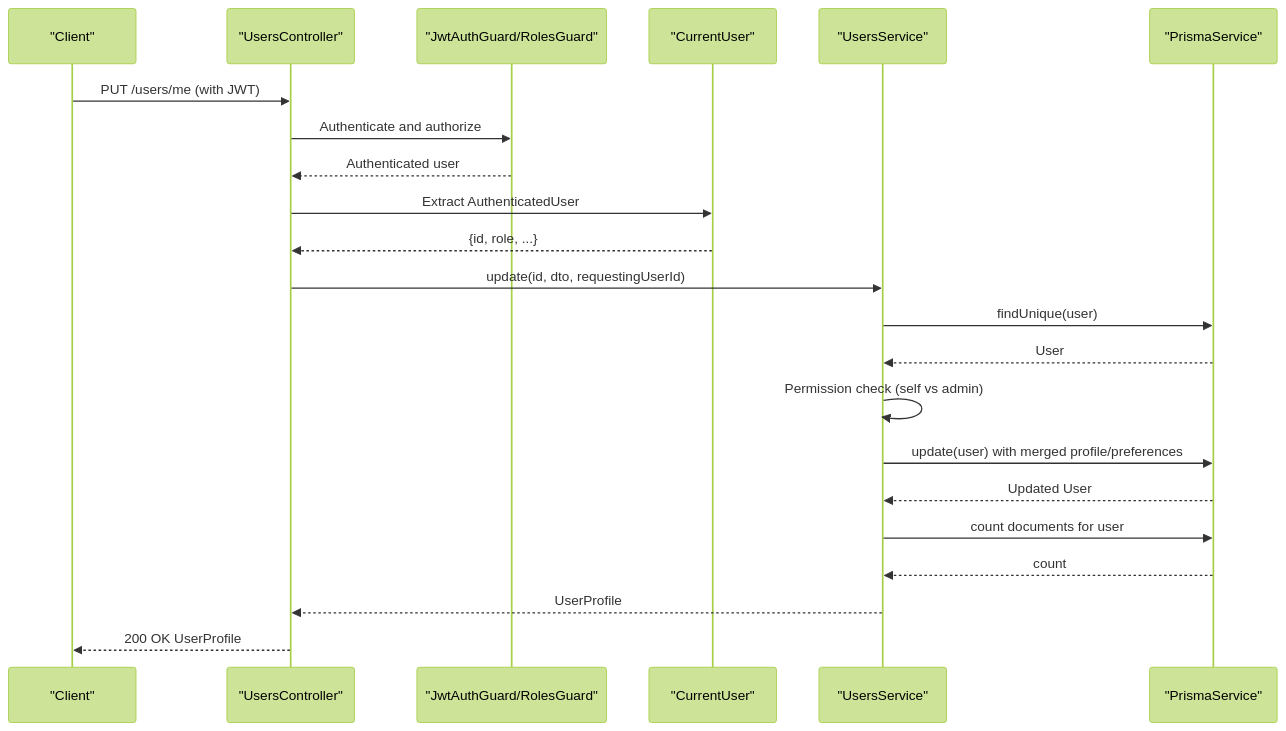
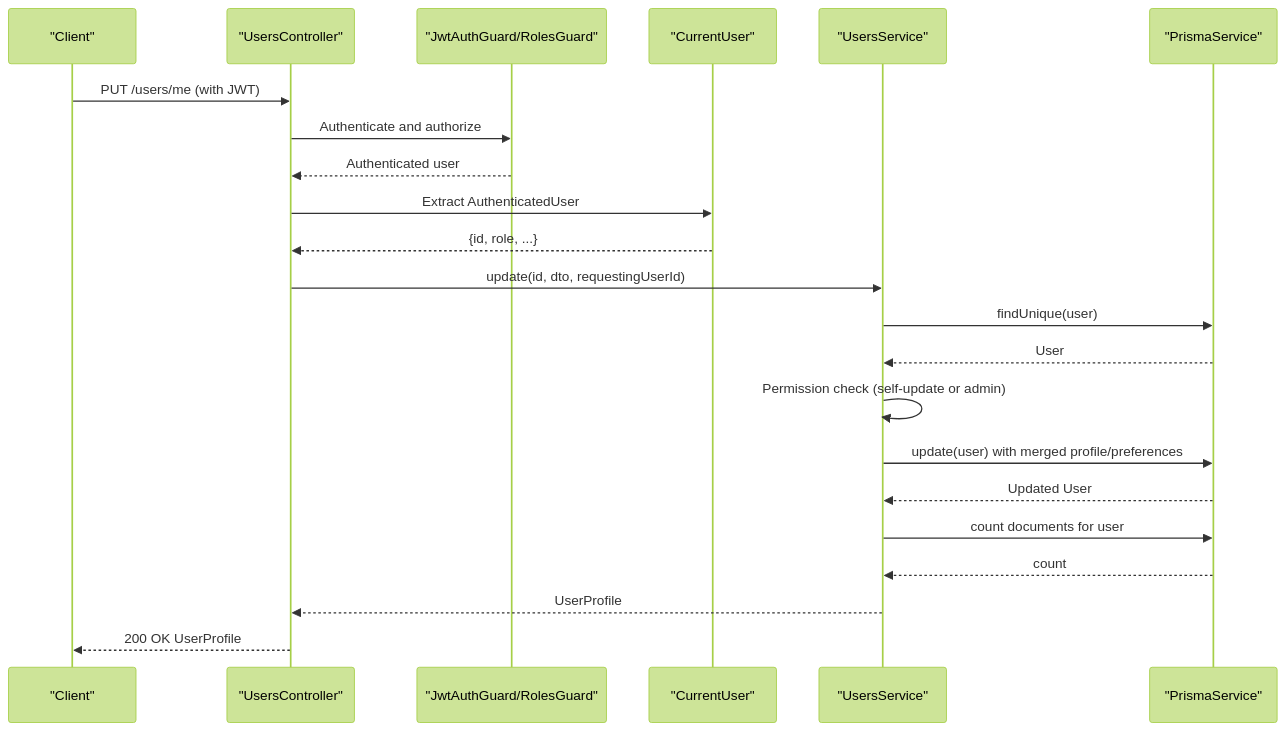
Before and after one commit to Avi-Bendetsky/Quiz-to-build: the second of 10 diagrams in .qoder/repowiki/en/content/Core Modules/User Management Module.md, drawn with Mermaid (forest theme). The commit also changed other lines of this file and 41 other files, not shown here.

````diff
--- a/.qoder/repowiki/en/content/Core Modules/User Management Module.md
+++ b/.qoder/repowiki/en/content/Core Modules/User Management Module.md
@@ -123,24 +135,24 @@
 ```mermaid
 sequenceDiagram
 participant Client as "Client"
 participant Ctrl as "UsersController"
 participant Guard as "JwtAuthGuard/RolesGuard"
 participant Decor as "CurrentUser"
 participant Svc as "UsersService"
 participant DB as "PrismaService"
 Client->>Ctrl : PUT /users/me (with JWT)
 Ctrl->>Guard : Authenticate and authorize
 Guard-->>Ctrl : Authenticated user
 Ctrl->>Decor : Extract AuthenticatedUser
 Decor-->>Ctrl : {id, role, ...}
 Ctrl->>Svc : update(id, dto, requestingUserId)
 Svc->>DB : findUnique(user)
 DB-->>Svc : User
-Svc->>Svc : Permission check (self vs admin)
+Svc->>Svc : Permission check (self-update or admin)
 Svc->>DB : update(user) with merged profile/preferences
 DB-->>Svc : Updated User
 Svc->>DB : count documents for user
 DB-->>Svc : count
 Svc-->>Ctrl : UserProfile
 Ctrl-->>Client : 200 OK UserProfile
 ```
````
